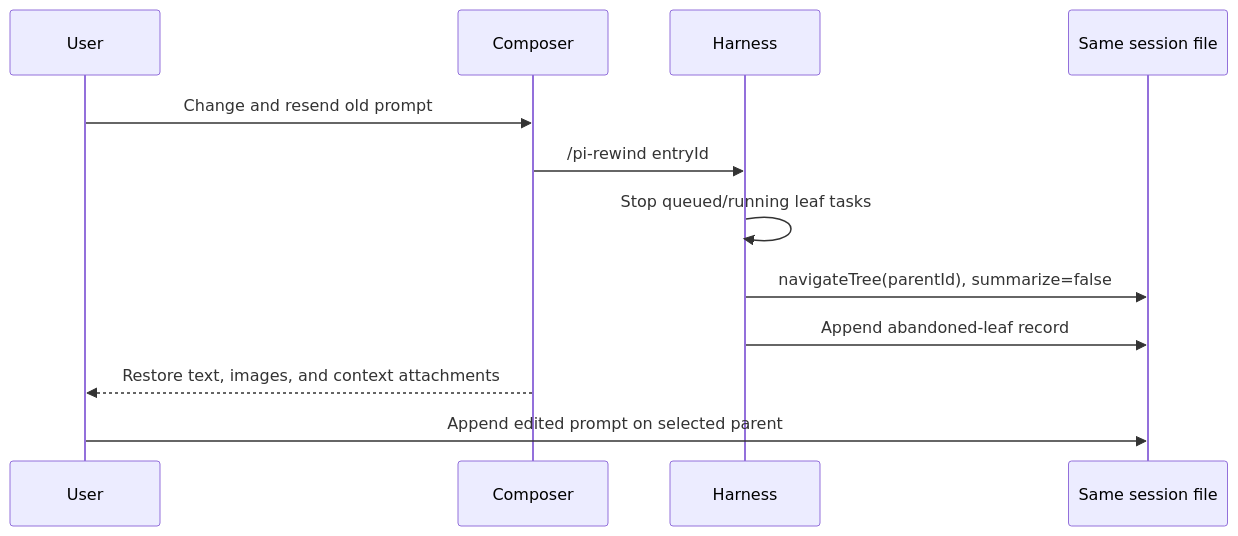
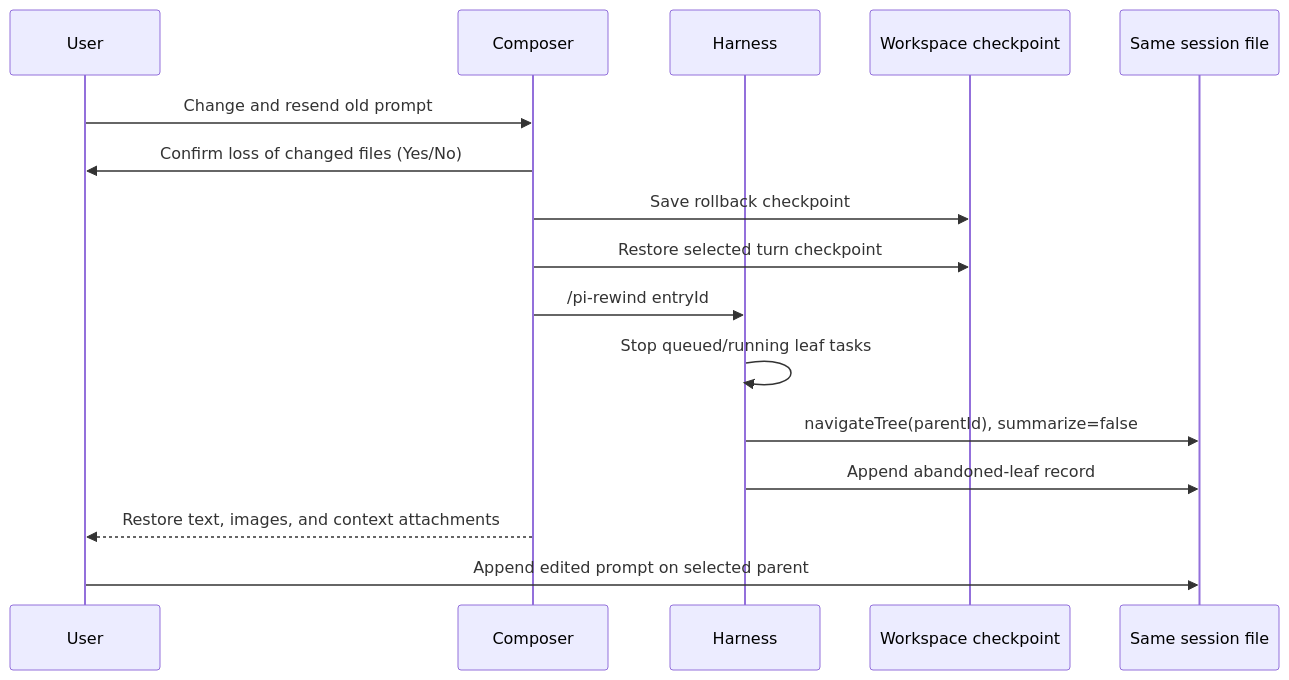
One commit to NickLitwinow/pi-app changed the second of 2 diagrams in docs/HARNESS-REDESIGN-2026-07-18.md. Above: the diagram before and after it, drawn with Mermaid. The commit also changed other lines of this file and 57 other files, not shown here.

````diff
--- a/docs/HARNESS-REDESIGN-2026-07-18.md
+++ b/docs/HARNESS-REDESIGN-2026-07-18.md
@@ -183,14 +183,18 @@
 ```mermaid
 sequenceDiagram
     participant U as User
     participant UI as Composer
     participant H as Harness
+    participant W as Workspace checkpoint
     participant S as Same session file
     U->>UI: Change and resend old prompt
+    UI->>U: Confirm loss of changed files (Yes/No)
+    UI->>W: Save rollback checkpoint
+    UI->>W: Restore selected turn checkpoint
     UI->>H: /pi-rewind entryId
     H->>H: Stop queued/running leaf tasks
     H->>S: navigateTree(parentId), summarize=false
     H->>S: Append abandoned-leaf record
     UI-->>U: Restore text, images, and context attachments
     U->>S: Append edited prompt on selected parent
 ```
````
